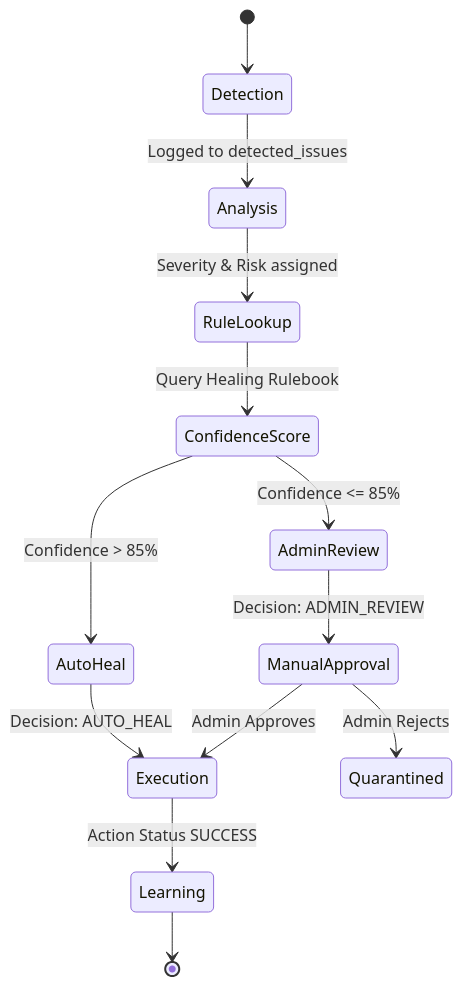
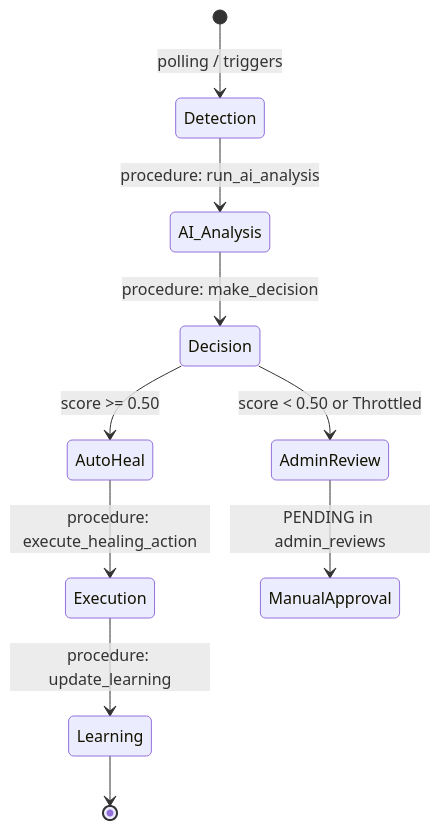
One commit to TSR0705/DBMS_PROJECT_SELF-HEALING-DATABASE changed the diagram in docs/Healing_Engine_Design.md. Above: the diagram before and after it, drawn with Mermaid. The commit also changed other lines of this file, not shown here.

````diff
--- a/docs/Healing_Engine_Design.md
+++ b/docs/Healing_Engine_Design.md
@@ -11,20 +11,16 @@
 ```mermaid
 stateDiagram-v2
-    [*] --> Detection
-    Detection --> Analysis : Logged to detected_issues
-    Analysis --> RuleLookup : Severity & Risk assigned
-    RuleLookup --> ConfidenceScore : Query Healing Rulebook
+    [*] --> Detection : polling / triggers
+    Detection --> AI_Analysis : procedure: run_ai_analysis
+    AI_Analysis --> Decision : procedure: make_decision
     
-    state ConfidenceScore <<choice>>
-    ConfidenceScore --> AutoHeal : Confidence > 85%
-    ConfidenceScore --> AdminReview : Confidence <= 85%
+    state Decision <<choice>>
+    Decision --> AutoHeal : score >= 0.50
+    Decision --> AdminReview : score < 0.50 or Throttled
     
-    AutoHeal --> Execution : Decision: AUTO_HEAL
-    AdminReview --> ManualApproval : Decision: ADMIN_REVIEW
+    AutoHeal --> Execution : procedure: execute_healing_action
+    AdminReview --> ManualApproval : PENDING in admin_reviews
     
-    ManualApproval --> Execution : Admin Approves
-    ManualApproval --> Quarantined : Admin Rejects
-    
-    Execution --> Learning : Action Status SUCCESS
+    Execution --> Learning : procedure: update_learning
     Learning --> [*]
 ```
````
